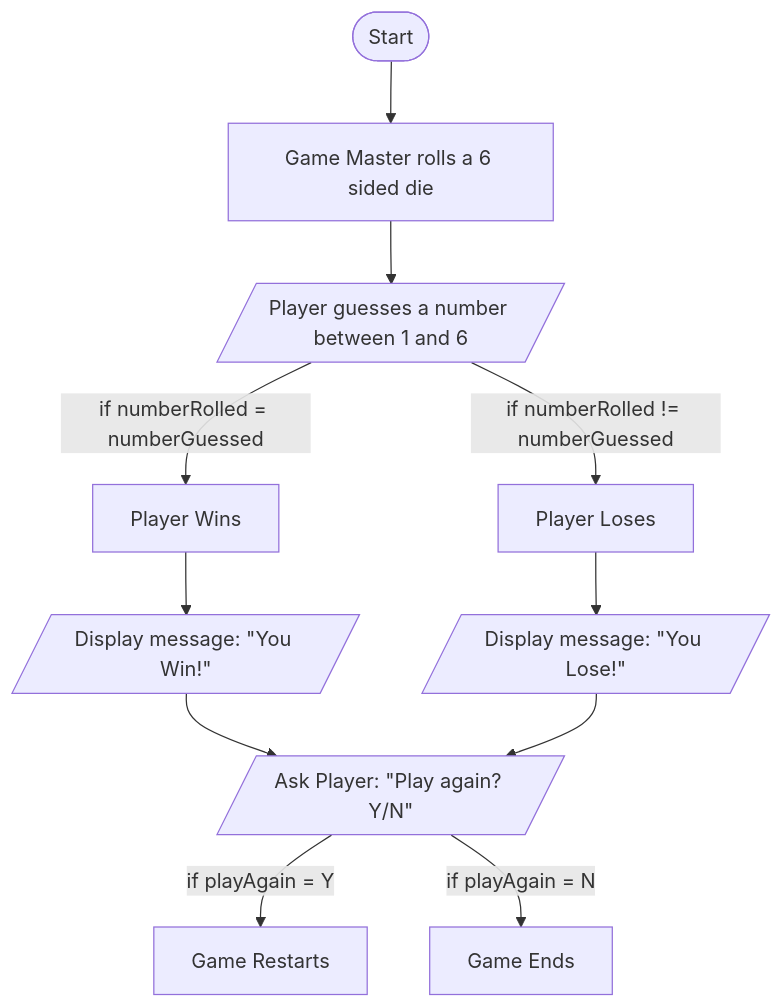
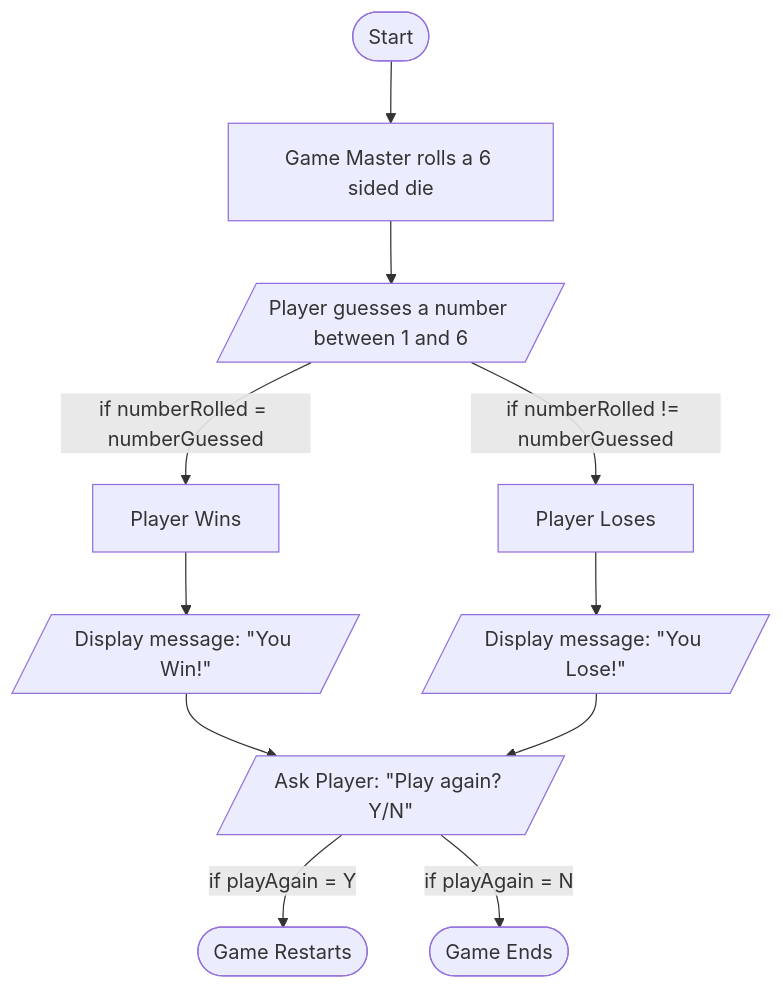
Before and after one commit to caelliott2552/caelliott2552.github.io: the diagram in Guessing.md, drawn with Mermaid.

Commit message:
Update Guessing.md
Formatting correction for final boxes. Purely aesthetic change, not expecting this to impact my grade on the assignment.

````diff
--- a/Guessing.md
+++ b/Guessing.md
@@ -1,13 +1,13 @@
 ```mermaid
 graph TD;
     A([Start])-->B[Game Master rolls a 6 sided die];
     B-->C[/Player guesses a number between 1 and 6/];
     C-- if numberRolled = numberGuessed -->D[Player Wins];
     C-- if numberRolled != numberGuessed -->E[Player Loses];
     D-->F[/Display message: "You Win!"/];
     E-->G[/Display message: "You Lose!"/];
     F-->H[/Ask Player: "Play again? Y/N" /];
     G-->H[/Ask Player: "Play again? Y/N" /];
-    H-- if playAgain = Y -->I[Game Restarts]
-    H-- if playAgain = N -->J[Game Ends]
+    H-- if playAgain = Y -->I([Game Restarts])
+    H-- if playAgain = N -->J([Game Ends])
 ```
````
